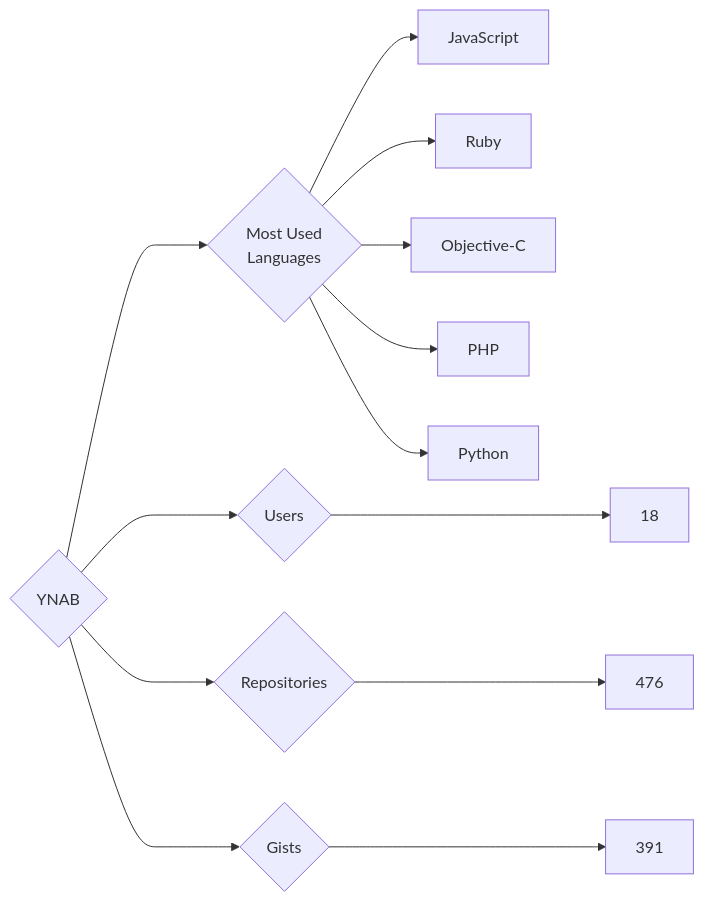
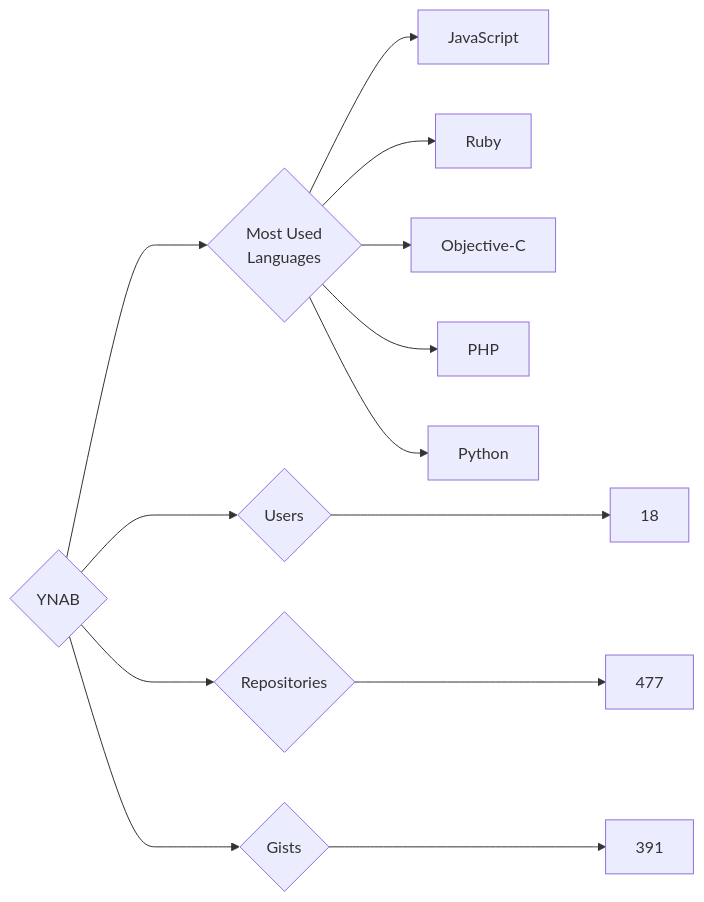
The diagram in targets/YNAB/README.md (trickest/insiders), drawn with Mermaid before and after one commit. The commit also changed 799 other files, not shown here.

````diff
--- a/targets/YNAB/README.md
+++ b/targets/YNAB/README.md
@@ -3,13 +3,13 @@
 ```mermaid
 graph LR
 COMPANY_NAME{YNAB}
 COMPANY_NAME ---> U{Users} ---> UN[18]
-COMPANY_NAME ---> R{Repositories} ---> RN[476]
+COMPANY_NAME ---> R{Repositories} ---> RN[477]
 COMPANY_NAME ---> G{Gists} ---> GN[391]
 COMPANY_NAME ---> ML{Most Used<br>Languages}
 ML --> JavaScript[JavaScript]
 ML --> Ruby[Ruby]
 ML --> Objective-C[Objective-C]
 ML --> PHP[PHP]
 ML --> Python[Python]
 ```
````
